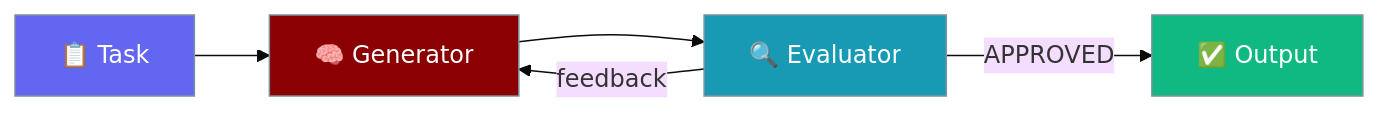
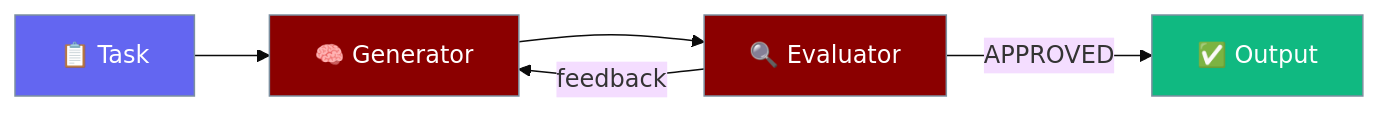
One commit to MervinPraison/PraisonAIDocs changed the first of 2 diagrams in docs/features/evaluator-optimiser.mdx. Above: the diagram before and after it, drawn with Mermaid (base theme). The commit also changed 2 other files, not shown here.

Commit message:
fix(docs): correct 3 SDK-accuracy bugs from batch-7 compliance review
- endpoints-code.mdx: RecipeTimeoutError has no .timeout_sec attr; use str(e) instead
- event-bus.mdx: EventBus.__init__ takes no args (history hardcoded to 1000); remove history_size param
- evaluator-optimiser.mdx: Mermaid class Gen,Eval agent then class Eval process was overriding Eval to process color; remove duplicate class assignment

Refs #1000

````diff
--- a/docs/features/evaluator-optimiser.mdx
+++ b/docs/features/evaluator-optimiser.mdx
@@ -30,17 +30,16 @@
 ```mermaid
 graph LR
     In[📋 Task] --> Gen[🧠 Generator]
     Gen --> Eval[🔍 Evaluator]
     Eval -->|APPROVED| Out[✅ Output]
     Eval -->|feedback| Gen
 
     classDef input fill:#6366F1,stroke:#7C90A0,color:#fff
     classDef agent fill:#8B0000,stroke:#7C90A0,color:#fff
     classDef process fill:#189AB4,stroke:#7C90A0,color:#fff
     classDef output fill:#10B981,stroke:#7C90A0,color:#fff
 
     class In input
     class Gen,Eval agent
-    class Eval process
     class Out output
 ```
````
